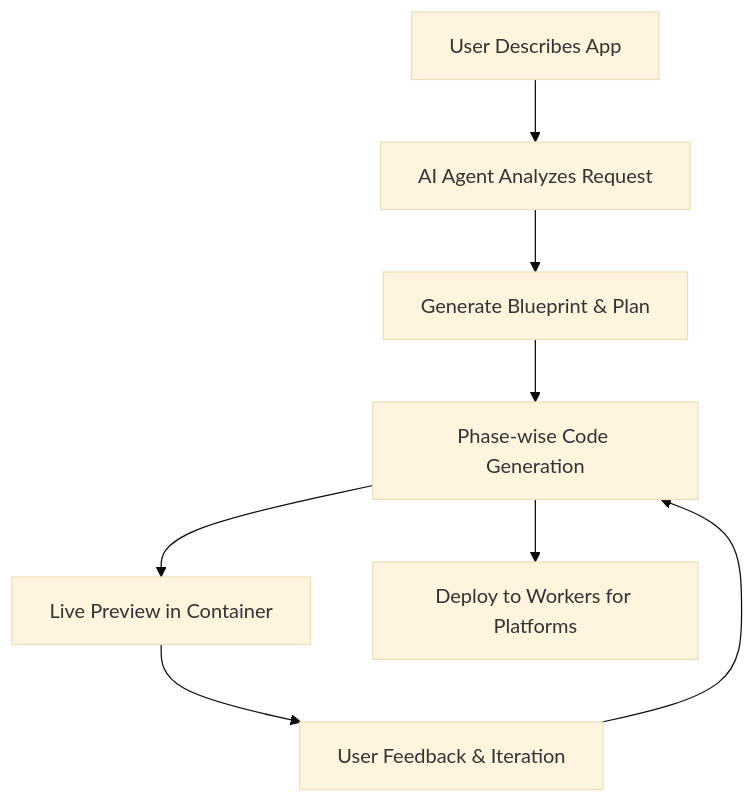
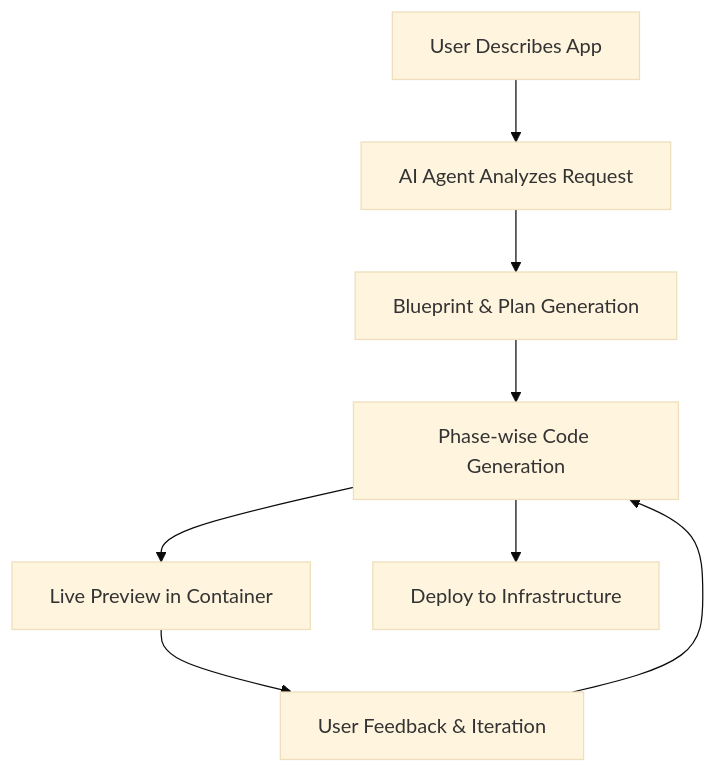
One commit to Kliq-web4/viper-v2-production changed the diagram in README.md. Above: the diagram before and after it, drawn with Mermaid (base theme). The commit also changed other lines of this file, not shown here.

````diff
--- a/README.md
+++ b/README.md
@@ -201,10 +102,10 @@
 ```mermaid
 graph TD
     A[User Describes App] --> B[AI Agent Analyzes Request]
-    B --> C[Generate Blueprint & Plan]
+    B --> C[Blueprint & Plan Generation]
     C --> D[Phase-wise Code Generation]
     D --> E[Live Preview in Container]
     E --> F[User Feedback & Iteration]
     F --> D
-    D --> G[Deploy to Workers for Platforms]
+    D --> G[Deploy to Infrastructure]
 ```
````
